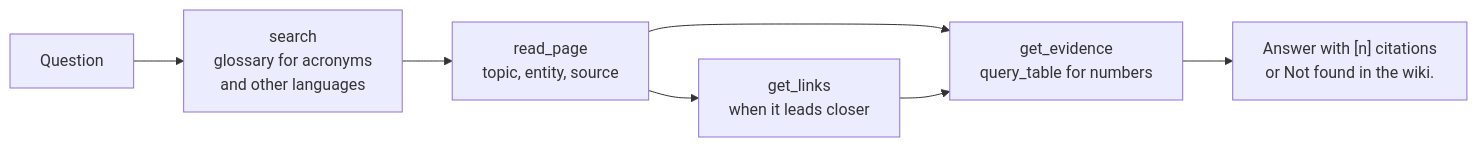
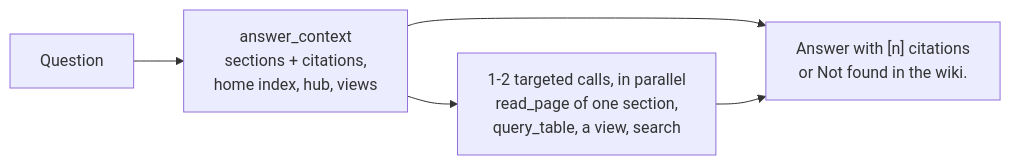
Before and after one commit to ozgurkarahan/docwiki: the diagram in docs/agents.md, drawn with Mermaid. The commit also changed other lines of this file and 24 other files, not shown here.

First line of the commit message:
feat(mcp,agents): index-first Researcher with an answer_context tool (D1) (#45)

````diff
--- a/docs/agents.md
+++ b/docs/agents.md
@@ -54,9 +55,7 @@
 ```mermaid
 flowchart LR
-  q["Question"] --> s["search<br/>glossary for acronyms<br/>and other languages"]
-  s --> r["read_page<br/>topic, entity, source"]
-  r --> l["get_links<br/>when it leads closer"]
-  r --> e["get_evidence<br/>query_table for numbers"]
-  l --> e
-  e --> a["Answer with [n] citations<br/>or Not found in the wiki."]
+  q["Question"] --> c["answer_context<br/>sections + citations,<br/>home index, hub, views"]
+  c --> a["Answer with [n] citations<br/>or Not found in the wiki."]
+  c --> t["1-2 targeted calls, in parallel<br/>read_page of one section,<br/>query_table, a view, search"]
+  t --> a
 ```
````
